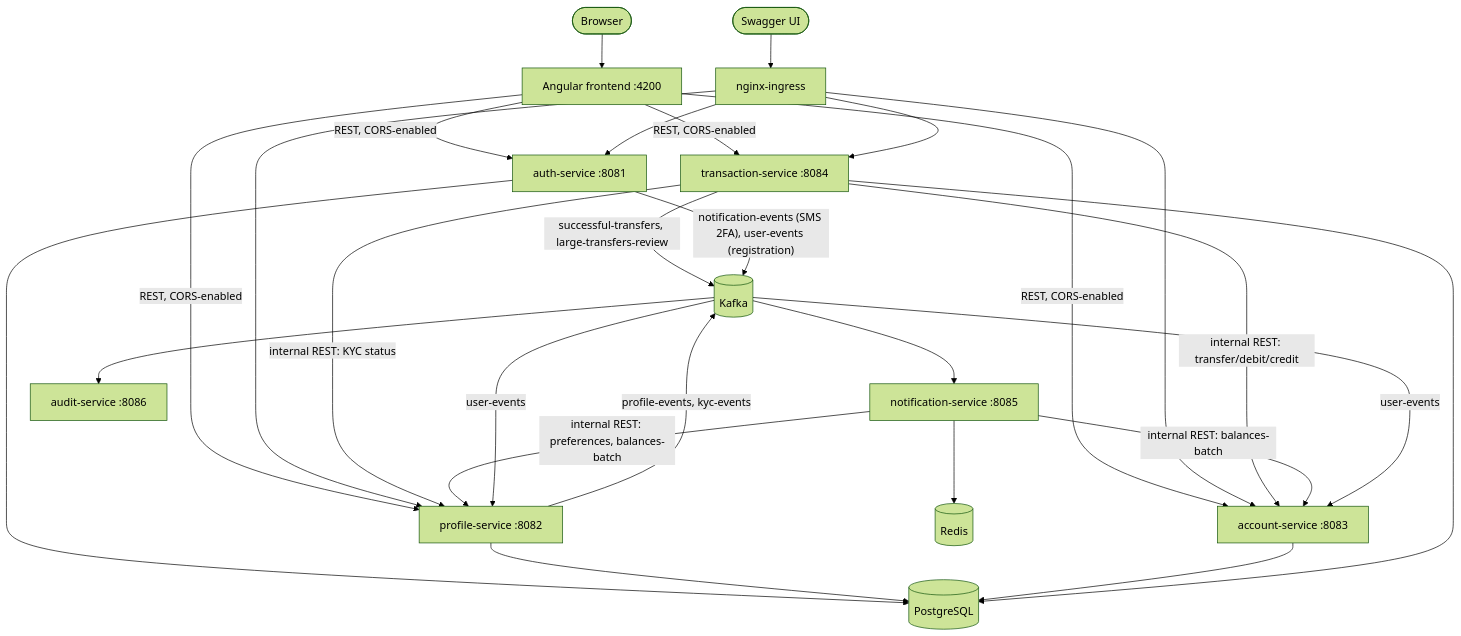
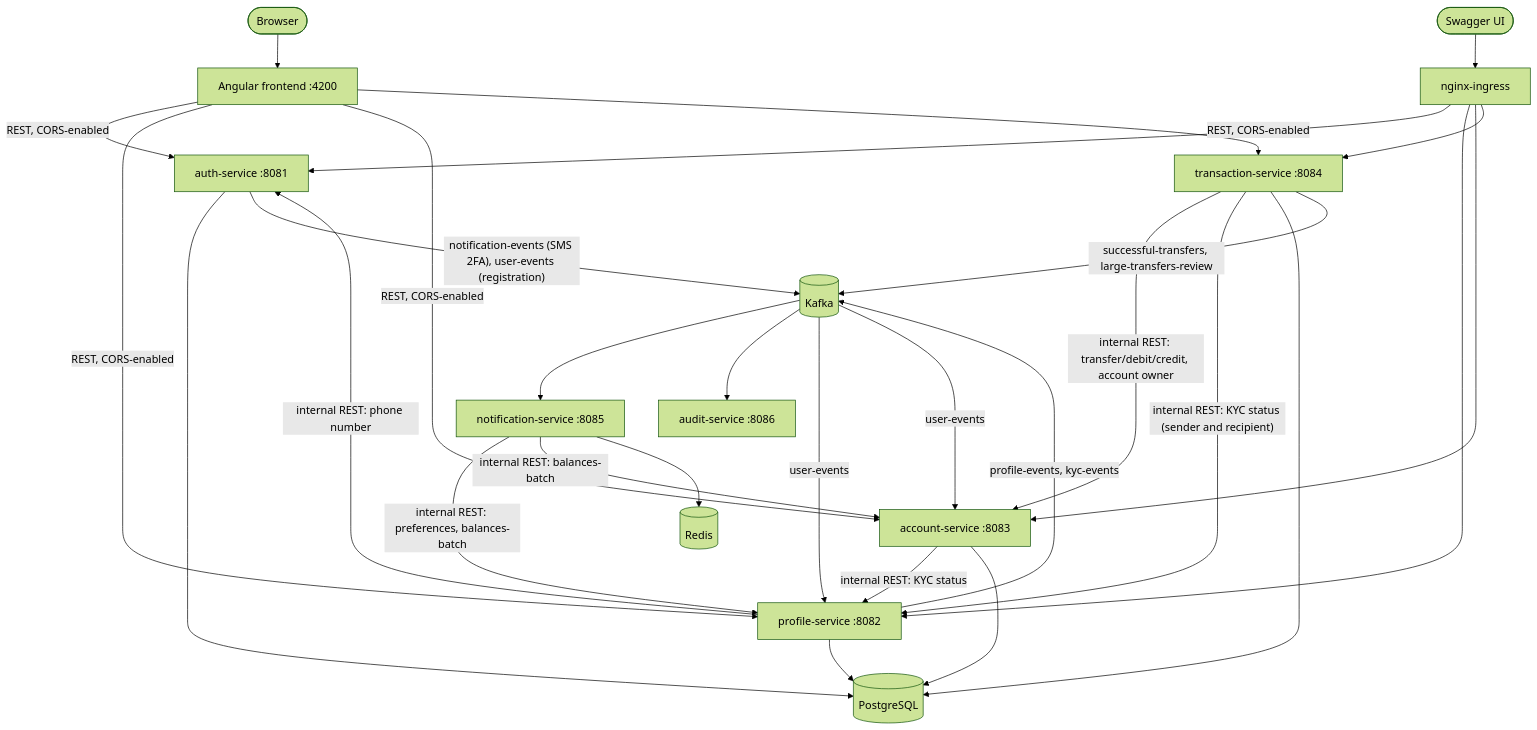
The diagram in README.md (Kattempudi-John/banking-app-microservices), drawn with Mermaid (forest theme) before and after one commit. The commit also changed other lines of this file and 115 other files, not shown here.

First line of the commit message:
Require verified identities to move money and stop two accounts sharing a phone number

````diff
--- a/README.md
+++ b/README.md
@@ -7,49 +7,51 @@
 ```mermaid
 graph TD
     Browser([Browser])
     Frontend[Angular frontend :4200]
     Client([Swagger UI])
     Ingress[nginx-ingress]
 
     Auth[auth-service :8081]
     Profile[profile-service :8082]
     Account[account-service :8083]
     Txn[transaction-service :8084]
     Notif[notification-service :8085]
     Audit[audit-service :8086]
 
     PG[(PostgreSQL)]
     Kafka[(Kafka)]
     Redis[(Redis)]
 
     Browser --> Frontend
     Frontend -- "REST, CORS-enabled" --> Auth
     Frontend -- "REST, CORS-enabled" --> Profile
     Frontend -- "REST, CORS-enabled" --> Account
     Frontend -- "REST, CORS-enabled" --> Txn
     Client --> Ingress
     Ingress --> Auth
     Ingress --> Profile
     Ingress --> Account
     Ingress --> Txn
 
-    Txn -- "internal REST: transfer/debit/credit" --> Account
-    Txn -- "internal REST: KYC status" --> Profile
+    Txn -- "internal REST: transfer/debit/credit, account owner" --> Account
+    Txn -- "internal REST: KYC status (sender and recipient)" --> Profile
+    Account -- "internal REST: KYC status" --> Profile
+    Profile -- "internal REST: phone number" --> Auth
     Notif -- "internal REST: preferences, balances-batch" --> Profile
     Notif -- "internal REST: balances-batch" --> Account
 
     Auth --> PG
     Profile --> PG
     Account --> PG
     Txn --> PG
 
     Profile -- "profile-events, kyc-events" --> Kafka
     Txn -- "successful-transfers, large-transfers-review" --> Kafka
     Auth -- "notification-events (SMS 2FA), user-events (registration)" --> Kafka
     Kafka --> Notif
     Kafka --> Audit
     Kafka -- "user-events" --> Profile
     Kafka -- "user-events" --> Account
 
     Notif --> Redis
 ```
````
